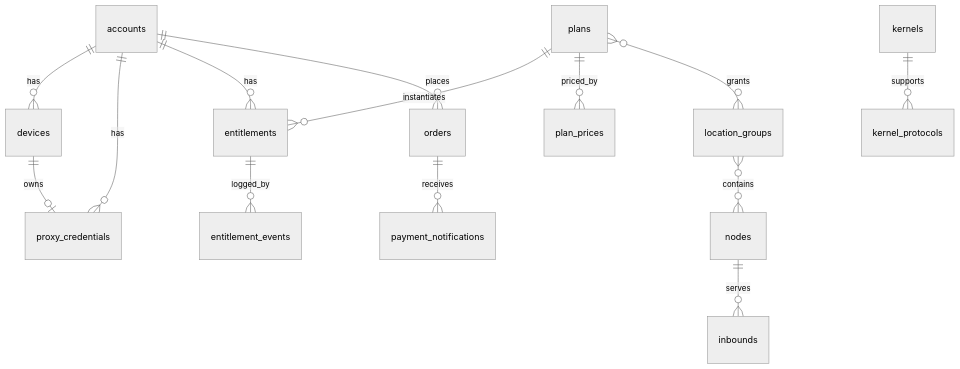
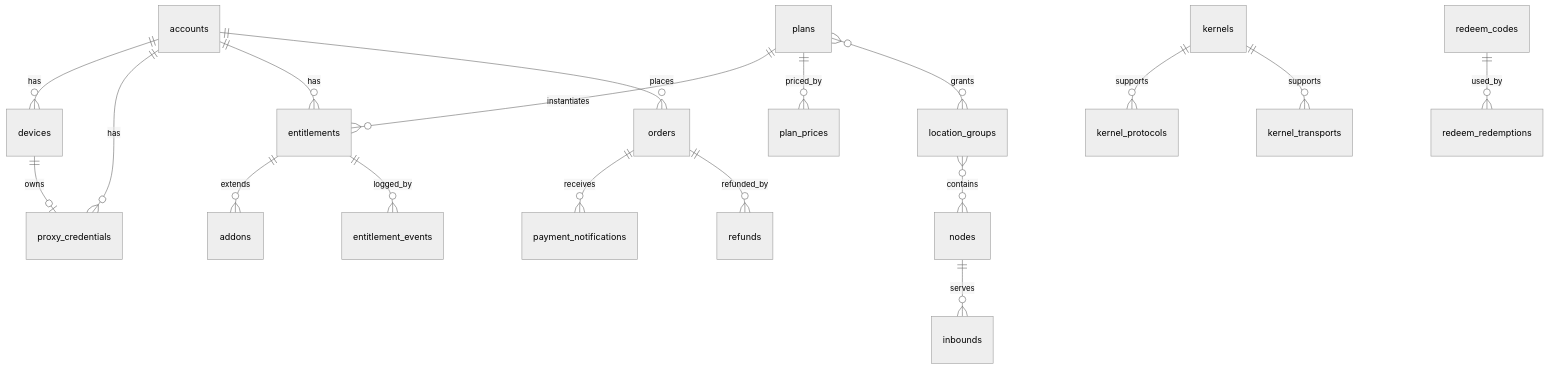
One commit to akari-project/workspace changed the diagram in spec/03-data-model.md. Above: the diagram before and after it, drawn with Mermaid (neutral theme). The commit also changed other lines of this file and 10 other files, not shown here.

````diff
--- a/spec/03-data-model.md
+++ b/spec/03-data-model.md
@@ -20,16 +22,20 @@
 ```mermaid
 erDiagram
   accounts ||--o{ devices : has
   accounts ||--o{ proxy_credentials : has
   devices ||--o| proxy_credentials : owns
   accounts ||--o{ entitlements : has
   plans ||--o{ entitlements : instantiates
   plans ||--o{ plan_prices : priced_by
   plans }o--o{ location_groups : grants
   location_groups }o--o{ nodes : contains
   nodes ||--o{ inbounds : serves
   kernels ||--o{ kernel_protocols : supports
+  kernels ||--o{ kernel_transports : supports
+  entitlements ||--o{ addons : extends
   accounts ||--o{ orders : places
   orders ||--o{ payment_notifications : receives
+  orders ||--o{ refunds : refunded_by
   entitlements ||--o{ entitlement_events : logged_by
+  redeem_codes ||--o{ redeem_redemptions : used_by
 ```
````
